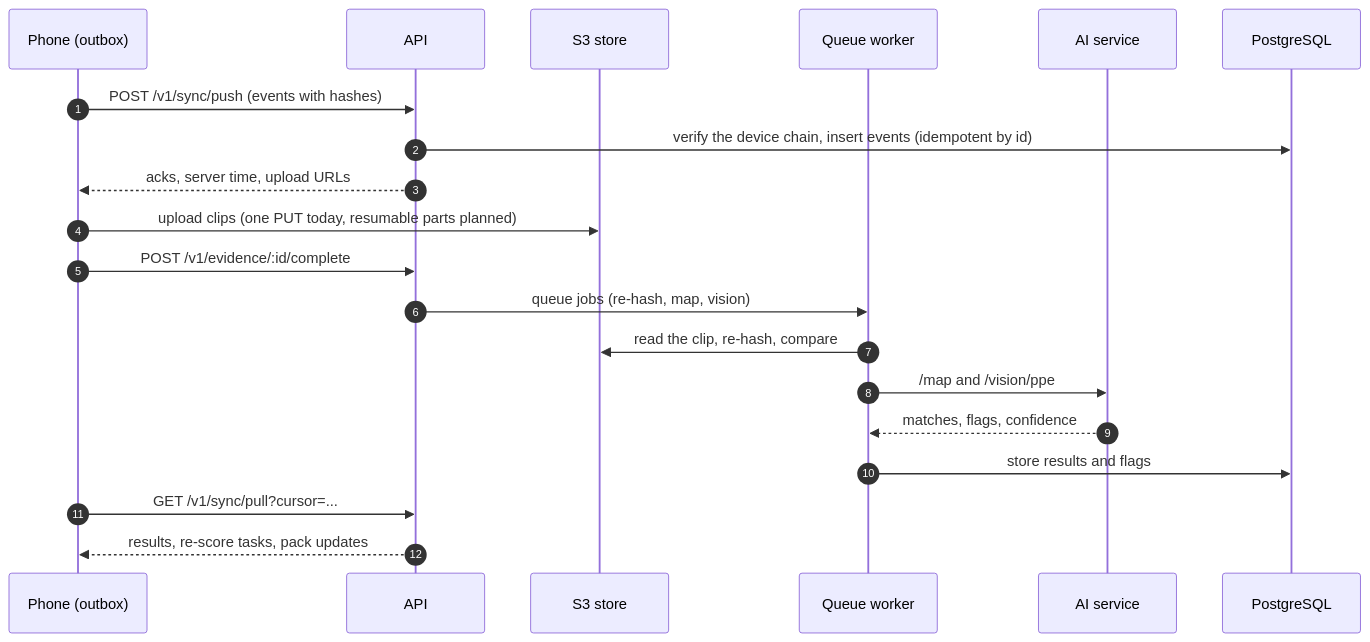
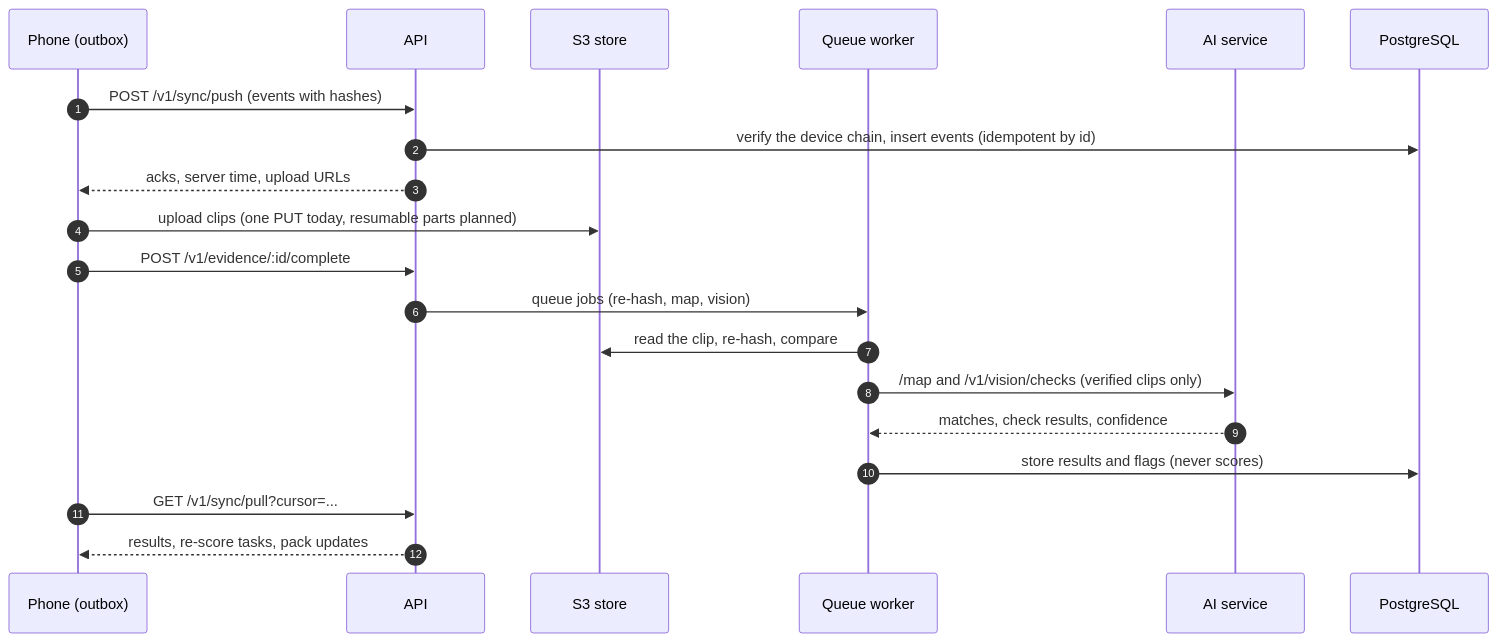
The fourth of 6 diagrams in README.md (Sameergit23/Hunarparmaan), drawn with Mermaid before and after one commit. The commit also changed other lines of this file and 65 other files, not shown here.

First line of the commit message:
feat(ai): safety-gear and workmanship checks on verified clips (FR-08)

````diff
--- a/README.md
+++ b/README.md
@@ -202,22 +202,22 @@
 ```mermaid
 sequenceDiagram
     autonumber
     participant P as Phone (outbox)
     participant A as API
     participant O as S3 store
     participant W as Queue worker
     participant X as AI service
     participant D as PostgreSQL
     P->>A: POST /v1/sync/push (events with hashes)
     A->>D: verify the device chain, insert events (idempotent by id)
     A-->>P: acks, server time, upload URLs
     P->>O: upload clips (one PUT today, resumable parts planned)
     P->>A: POST /v1/evidence/:id/complete
     A->>W: queue jobs (re-hash, map, vision)
     W->>O: read the clip, re-hash, compare
-    W->>X: /map and /vision/ppe
-    X-->>W: matches, flags, confidence
-    W->>D: store results and flags
+    W->>X: /map and /v1/vision/checks (verified clips only)
+    X-->>W: matches, check results, confidence
+    W->>D: store results and flags (never scores)
     P->>A: GET /v1/sync/pull?cursor=...
     A-->>P: results, re-score tasks, pack updates
 ```
````
